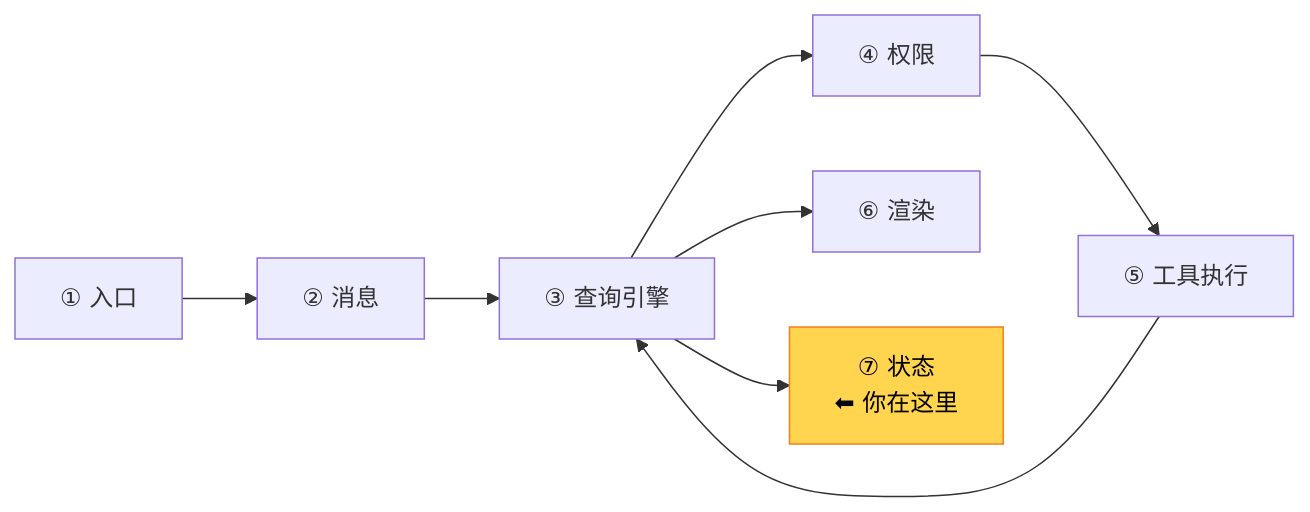
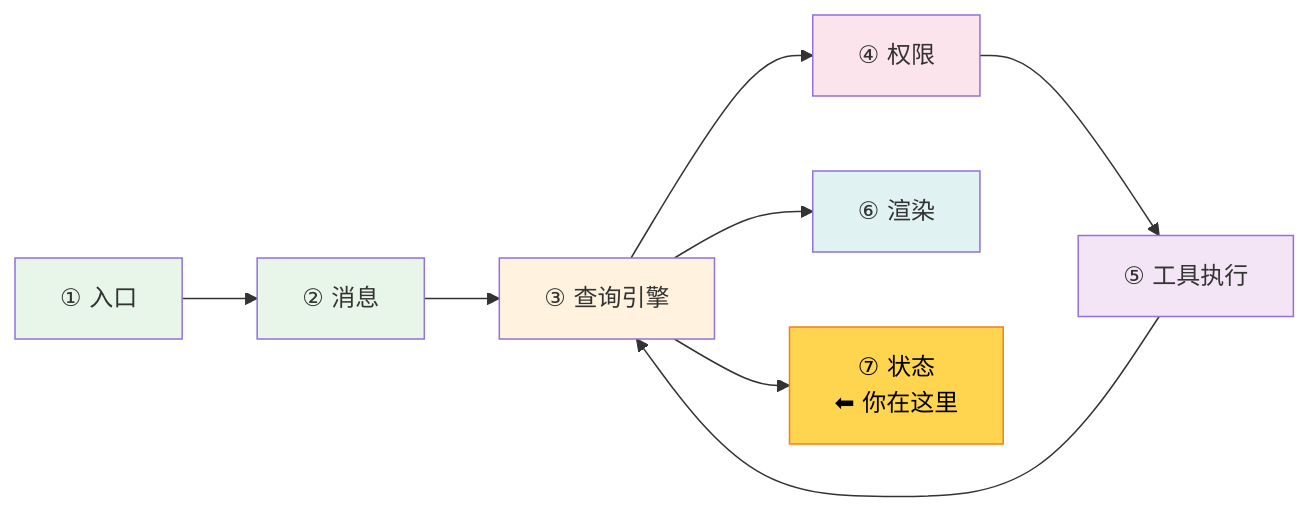
Before and after one commit to nadav-cheung/claudeai: the first of 2 diagrams in teaching/book/volume-1-journey/ch09-loop-state.md, drawn with Mermaid. The commit also changed other lines of this file and 6 other files, not shown here.

First line of the commit message:
fix(teaching): 出版级修复 — 路线图标记/术语一致性/ch09 样式

````diff
--- a/teaching/book/volume-1-journey/ch09-loop-state.md
+++ b/teaching/book/volume-1-journey/ch09-loop-state.md
@@ -9,12 +9,18 @@
 ```mermaid
 graph LR
     E["① 入口"] --> I["② 消息"]
     I --> Q["③ 查询引擎"]
     Q --> P["④ 权限"]
     P --> T["⑤ 工具执行"]
     T --> Q
     Q --> R["⑥ 渲染"]
     Q --> S["⑦ 状态<br/>⬅ 你在这里"]
 
+    style E fill:#e8f5e9
+    style I fill:#e8f5e9
+    style Q fill:#fff3e0
+    style P fill:#fce4ec
+    style T fill:#f3e5f5
+    style R fill:#e0f2f1
     style S fill:#FFD54F,stroke:#F57F17,color:#000
 ```
````
